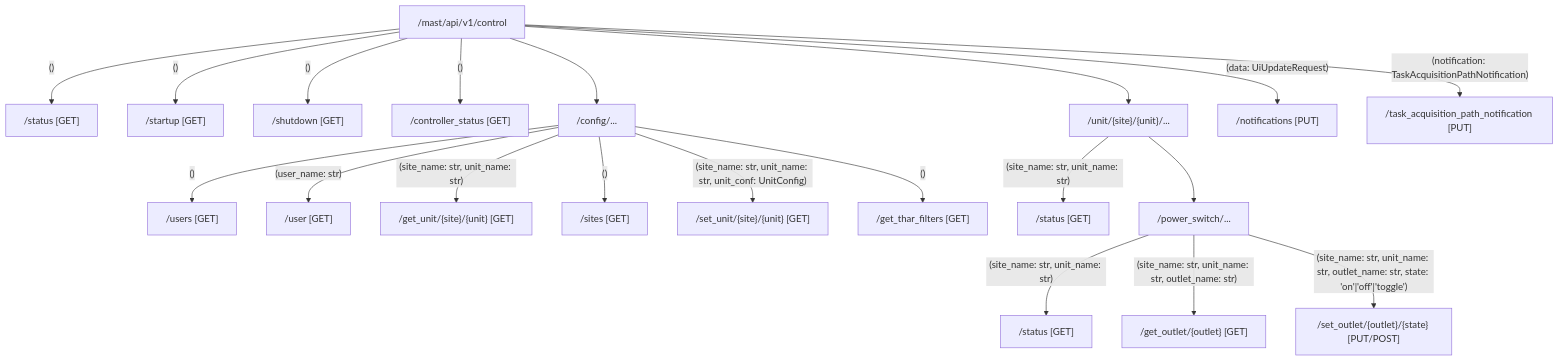
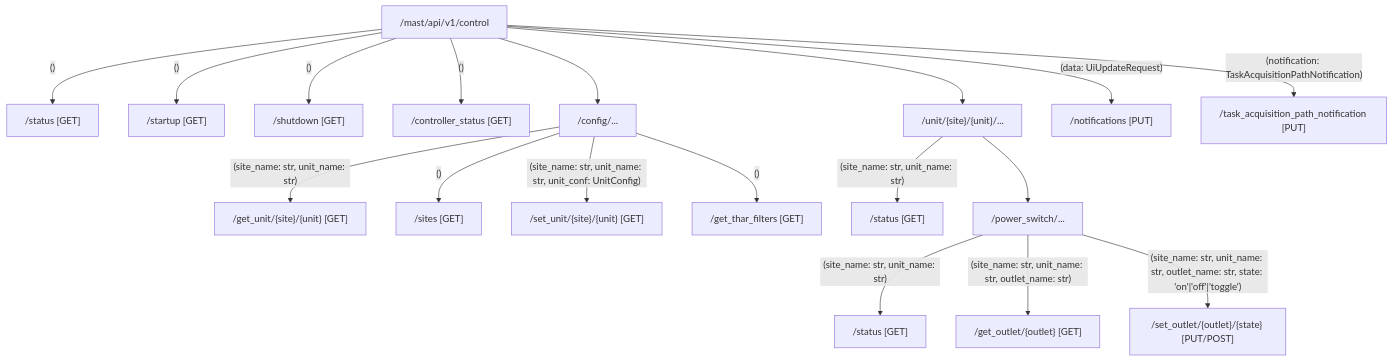
The diagram in docs/control-diagram.md (The-MAST-project/MAST_control), drawn with Mermaid before and after one commit. The commit also changed 1 other file, not shown here.

Commit message:
Remove the /config/users and /config/user routes
Users and permissions belong to Django. Nothing calls these routes, and
/config/users served each Mongo user's password field unauthenticated.

Stage 1 of The-MAST-project/MAST_common#146. Closes #41.

````diff
--- a/docs/control-diagram.md
+++ b/docs/control-diagram.md
@@ -5,27 +5,25 @@
 ```mermaid
 graph TD
     BASE["/mast/api/v1/control"]
 
     BASE -->|"()"| STATUS["/status [GET]"]
     BASE -->|"()"| STARTUP["/startup [GET]"]
     BASE -->|"()"| SHUTDOWN["/shutdown [GET]"]
     BASE -->|"()"| CTRL_STATUS["/controller_status [GET]"]
 
     BASE --> CONFIG["/config/..."]
-    CONFIG -->|"()"| CFG_USERS["/users [GET]"]
-    CONFIG -->|"(user_name: str)"| CFG_USER["/user [GET]"]
     CONFIG -->|"(site_name: str, unit_name: str)"| CFG_GET_UNIT["/get_unit/{site}/{unit} [GET]"]
     CONFIG -->|"()"| CFG_SITES["/sites [GET]"]
     CONFIG -->|"(site_name: str, unit_name: str, unit_conf: UnitConfig)"| CFG_SET_UNIT["/set_unit/{site}/{unit} [GET]"]
     CONFIG -->|"()"| CFG_THAR["/get_thar_filters [GET]"]
 
     BASE --> UNIT["/unit/{site}/{unit}/..."]
     UNIT -->|"(site_name: str, unit_name: str)"| UNIT_STATUS["/status [GET]"]
     UNIT --> PS["/power_switch/..."]
     PS -->|"(site_name: str, unit_name: str)"| PS_STATUS["/status [GET]"]
     PS -->|"(site_name: str, unit_name: str, outlet_name: str)"| PS_GET["/get_outlet/{outlet} [GET]"]
     PS -->|"(site_name: str, unit_name: str, outlet_name: str, state: 'on'|'off'|'toggle')"| PS_SET["/set_outlet/{outlet}/{state} [PUT/POST]"]
 
     BASE -->|"(data: UiUpdateRequest)"| NOTIF["/notifications [PUT]"]
     BASE -->|"(notification: TaskAcquisitionPathNotification)"| ACQ["/task_acquisition_path_notification [PUT]"]
 ```
````
